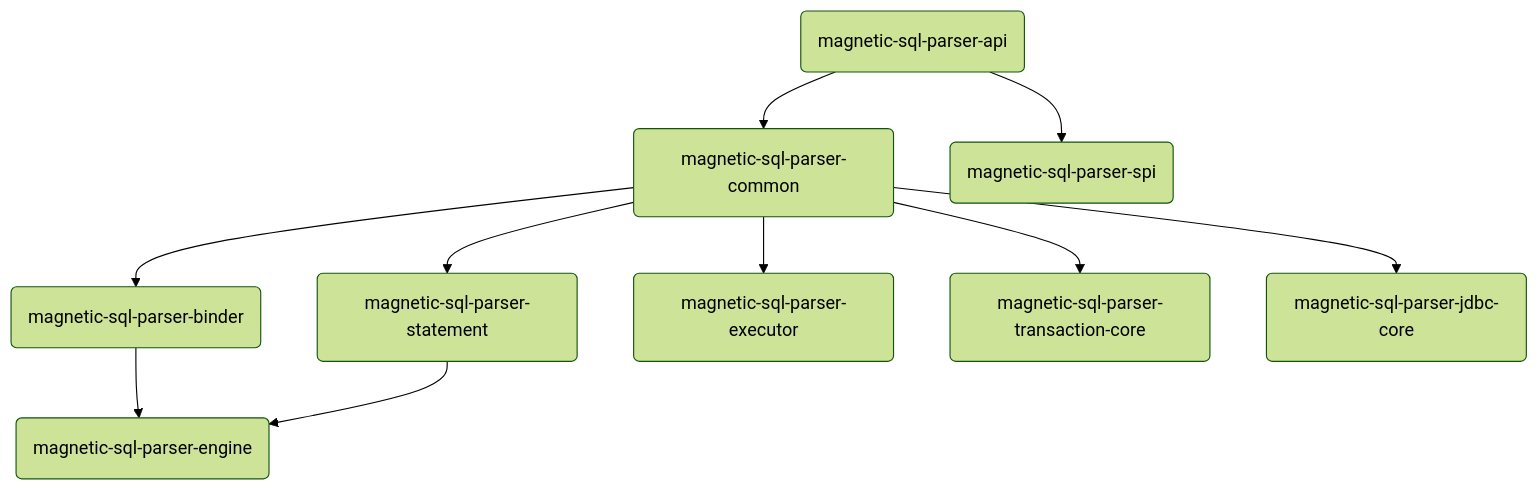
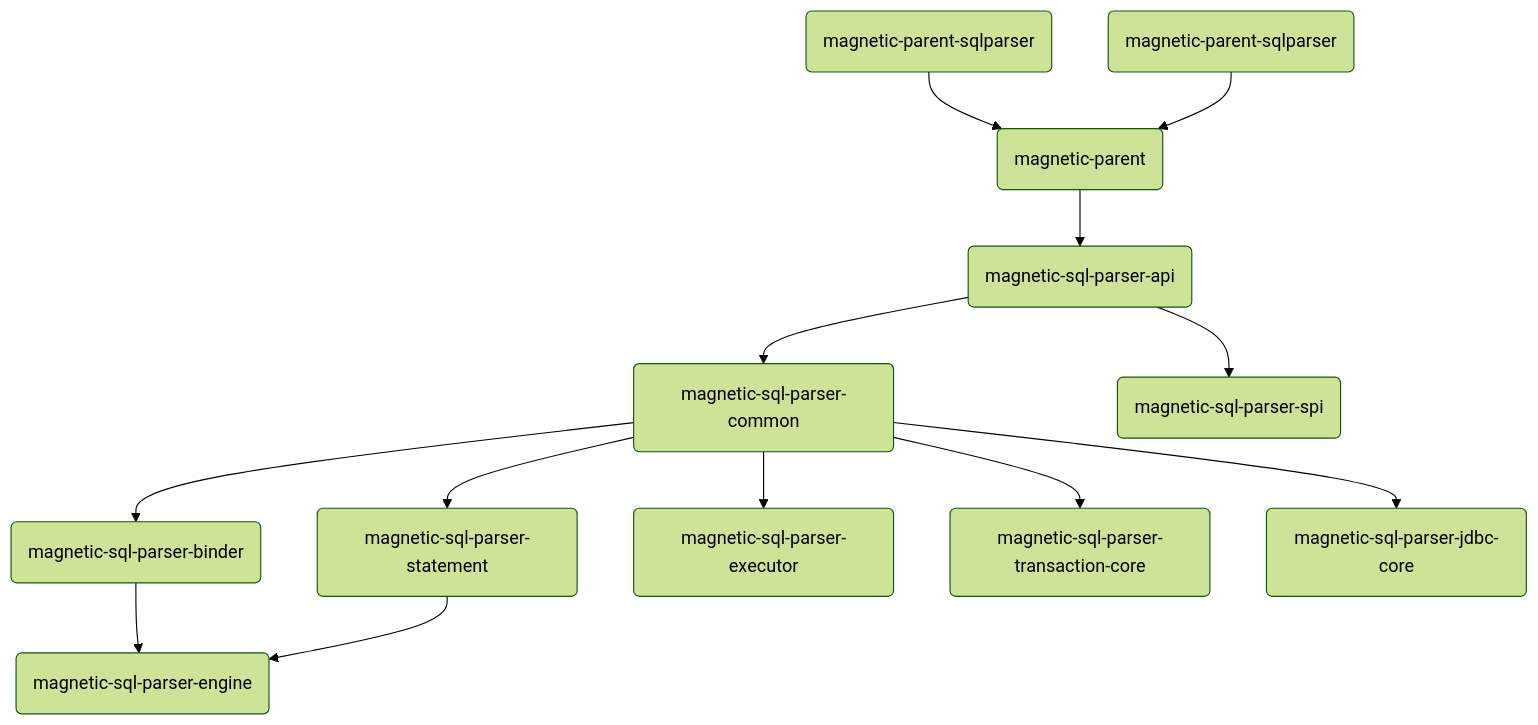
The diagram in README.md (iByteCoding/M-SQLParser), drawn with Mermaid (forest theme) before and after one commit.

Commit message:
feat：019 添加约束声明 magnetic-sql-parser 根级模块(代理层拆分)

````diff
--- a/README.md
+++ b/README.md
@@ -26,12 +26,16 @@
 ```mermaid
 graph TD;
+    id13(magnetic-parent-sqlparser)-->id12(magnetic-parent)
+    id14(magnetic-parent-sqlparser)-->id12(magnetic-parent)
+
+    id12(magnetic-parent)-->id1(magnetic-sql-parser-api)
 	id1(magnetic-sql-parser-api)-->id6(magnetic-sql-parser-common)
     id2(magnetic-sql-parser-binder)-->id4(magnetic-sql-parser-engine)
     id3(magnetic-sql-parser-statement)-->id4(magnetic-sql-parser-engine)
     id6(magnetic-sql-parser-common)-->id2(magnetic-sql-parser-binder)
     id6(magnetic-sql-parser-common)-->id3(magnetic-sql-parser-statement)
     id6(magnetic-sql-parser-common)-->id7(magnetic-sql-parser-executor)
     id6(magnetic-sql-parser-common)-->id8(magnetic-sql-parser-transaction-core)
     id6(magnetic-sql-parser-common)-->id9(magnetic-sql-parser-jdbc-core)
     id1(magnetic-sql-parser-api)-->id5(magnetic-sql-parser-spi)
 ```
````
